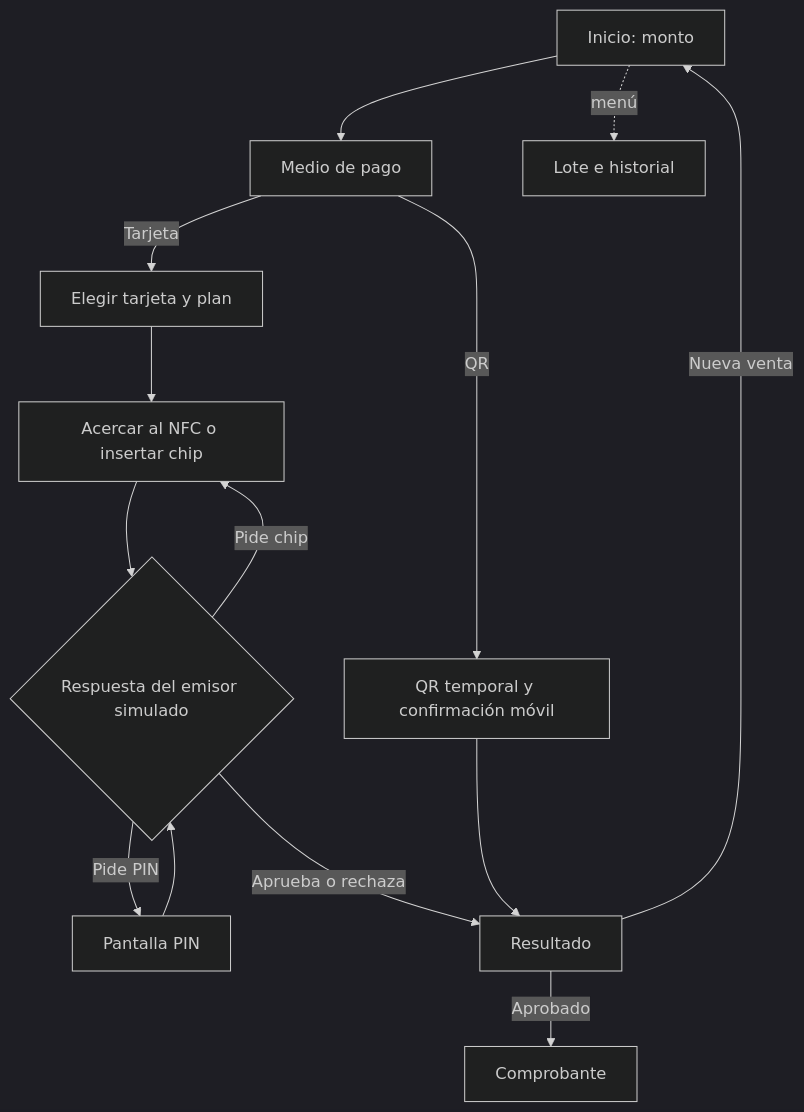
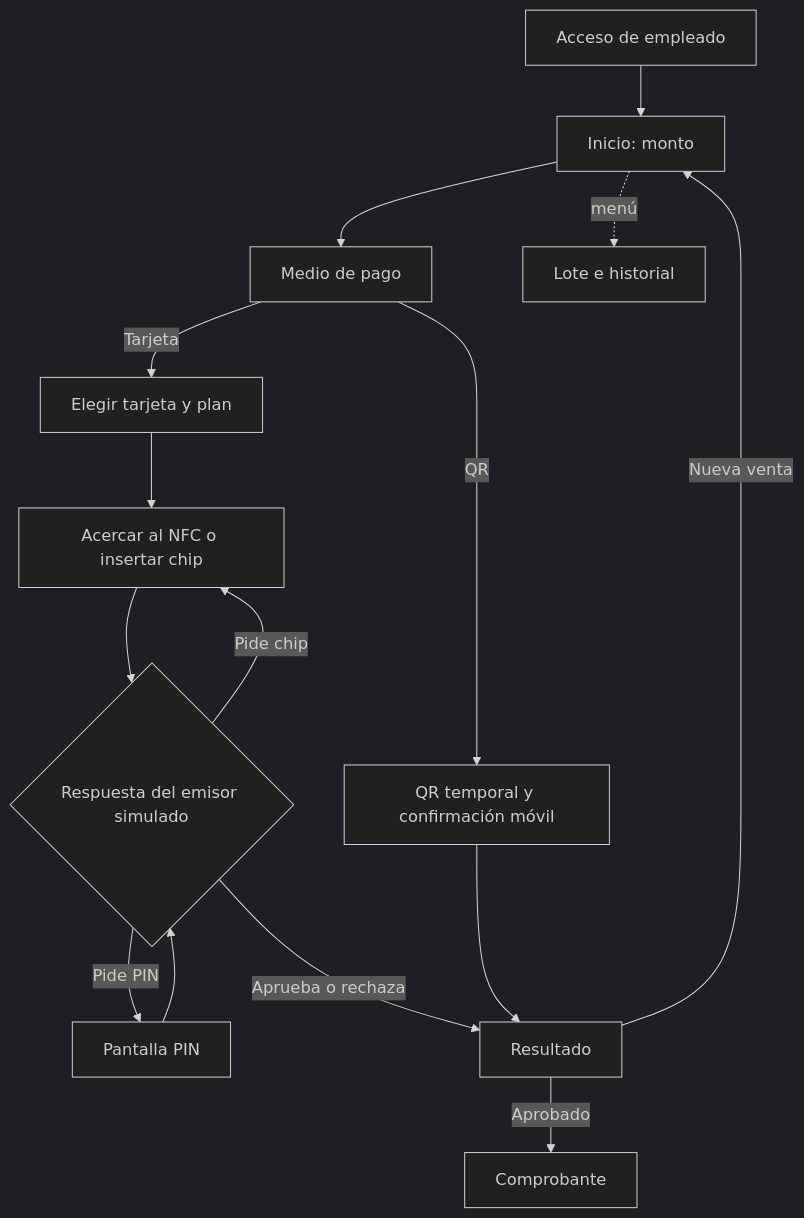
One commit to Alexander-029/pos-cobranza changed the diagram in docs/pantallas-terminal-pos.md. Above: the diagram before and after it, drawn with Mermaid (dark theme). The commit also changed other lines of this file and 12 other files, not shown here.

````diff
--- a/docs/pantallas-terminal-pos.md
+++ b/docs/pantallas-terminal-pos.md
@@ -19,16 +20,17 @@
 ```mermaid
 flowchart TD
-  A[Inicio: monto] --> B[Medio de pago]
+  L[Acceso de empleado] --> A[Inicio: monto]
+  A --> B[Medio de pago]
   B -->|Tarjeta| C[Elegir tarjeta y plan]
   C --> D[Acercar al NFC o insertar chip]
   D --> E{Respuesta del emisor simulado}
   E -->|Pide chip| D
   E -->|Pide PIN| F[Pantalla PIN]
   F --> E
   E -->|Aprueba o rechaza| H[Resultado]
   B -->|QR| G[QR temporal y confirmación móvil]
   G --> H
   H -->|Aprobado| I[Comprobante]
   H -->|Nueva venta| A
   A -. menú .-> J[Lote e historial]
 ```
````
